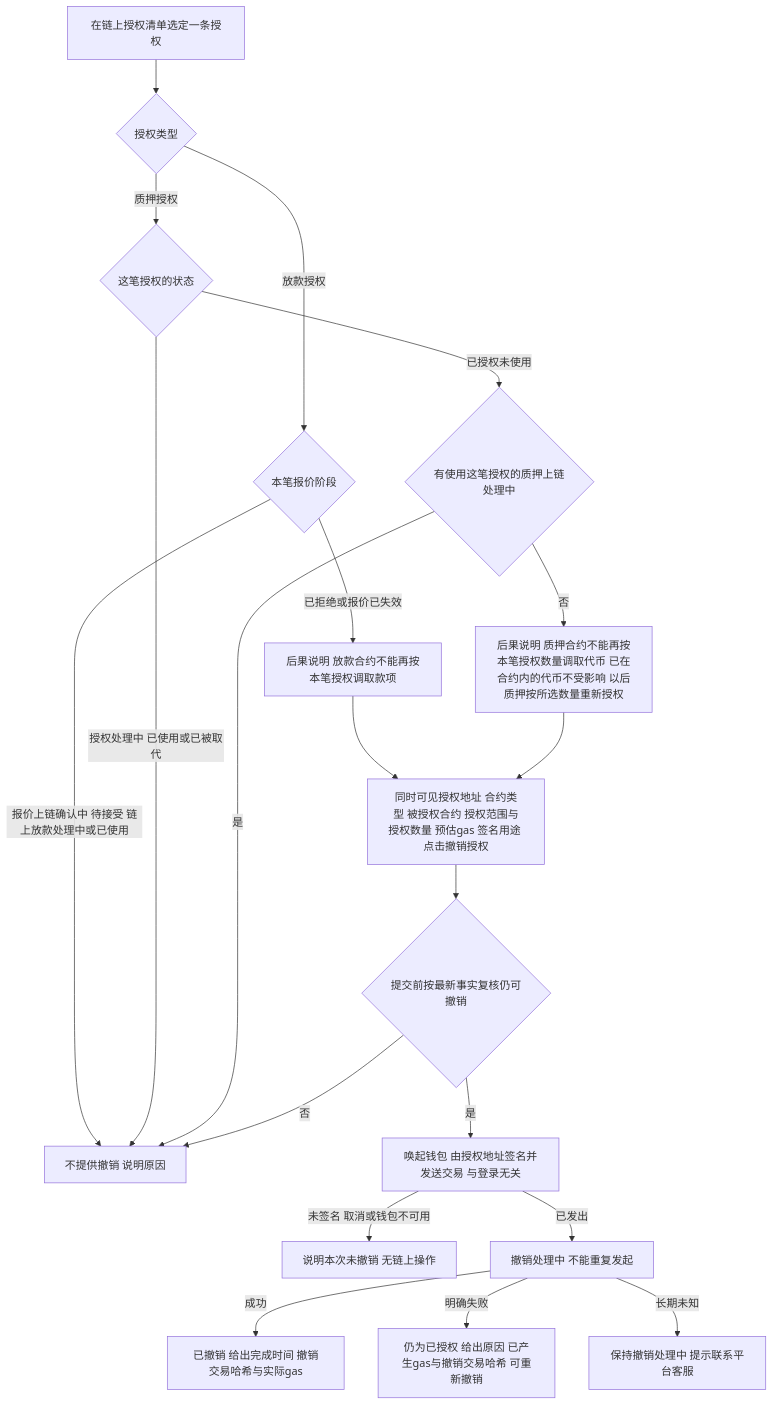
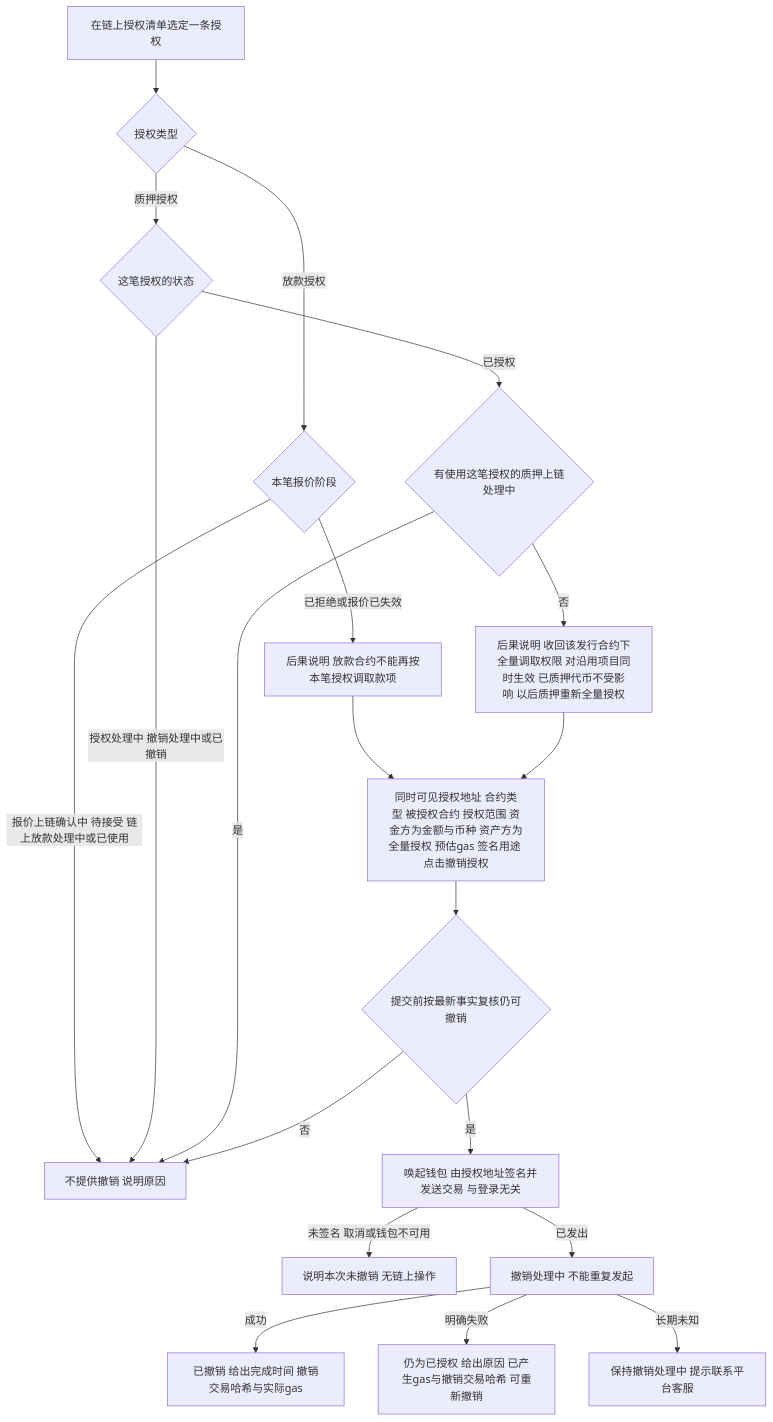
Before and after one commit to wxblockchain/Chain-Financing: diagram 13 of 15 in lending-platform/PRD/面客端/09-我的控制台/02-我的控制台-流程图与状态机.md, drawn with Mermaid. The commit also changed other lines of this file and 6 other files, not shown here.

````diff
--- a/lending-platform/PRD/面客端/09-我的控制台/02-我的控制台-流程图与状态机.md
+++ b/lending-platform/PRD/面客端/09-我的控制台/02-我的控制台-流程图与状态机.md
@@ -363,22 +363,22 @@
 ```mermaid
 flowchart TD
   A[在链上授权清单选定一条授权] --> B{授权类型}
   B -- 放款授权 --> C{本笔报价阶段}
   C -- 报价上链确认中 待接受 链上放款处理中或已使用 --> X[不提供撤销 说明原因]
   C -- 已拒绝或报价已失效 --> D2[后果说明 放款合约不能再按本笔授权调取款项]
   B -- 质押授权 --> P{这笔授权的状态}
-  P -- 授权处理中 已使用或已被取代 --> X
-  P -- 已授权未使用 --> P2{有使用这笔授权的质押上链处理中}
+  P -- 授权处理中 撤销处理中或已撤销 --> X
+  P -- 已授权 --> P2{有使用这笔授权的质押上链处理中}
   P2 -- 是 --> X
-  P2 -- 否 --> D3[后果说明 质押合约不能再按本笔授权数量调取代币 已在合约内的代币不受影响 以后质押按所选数量重新授权]
-  D2 --> E[同时可见授权地址 合约类型 被授权合约 授权范围与授权数量 预估gas 签名用途 点击撤销授权]
+  P2 -- 否 --> D3[后果说明 收回该发行合约下全量调取权限 对沿用项目同时生效 已质押代币不受影响 以后质押重新全量授权]
+  D2 --> E[同时可见授权地址 合约类型 被授权合约 授权范围 资金方为金额与币种 资产方为全量授权 预估gas 签名用途 点击撤销授权]
   D3 --> E
   E --> F{提交前按最新事实复核仍可撤销}
   F -- 否 --> X
   F -- 是 --> G[唤起钱包 由授权地址签名并发送交易 与登录无关]
   G -- 未签名 取消或钱包不可用 --> H[说明本次未撤销 无链上操作]
   G -- 已发出 --> I[撤销处理中 不能重复发起]
   I -- 成功 --> J[已撤销 给出完成时间 撤销交易哈希与实际gas]
   I -- 明确失败 --> K[仍为已授权 给出原因 已产生gas与撤销交易哈希 可重新撤销]
   I -- 长期未知 --> L[保持撤销处理中 提示联系平台客服]
 ```
````
